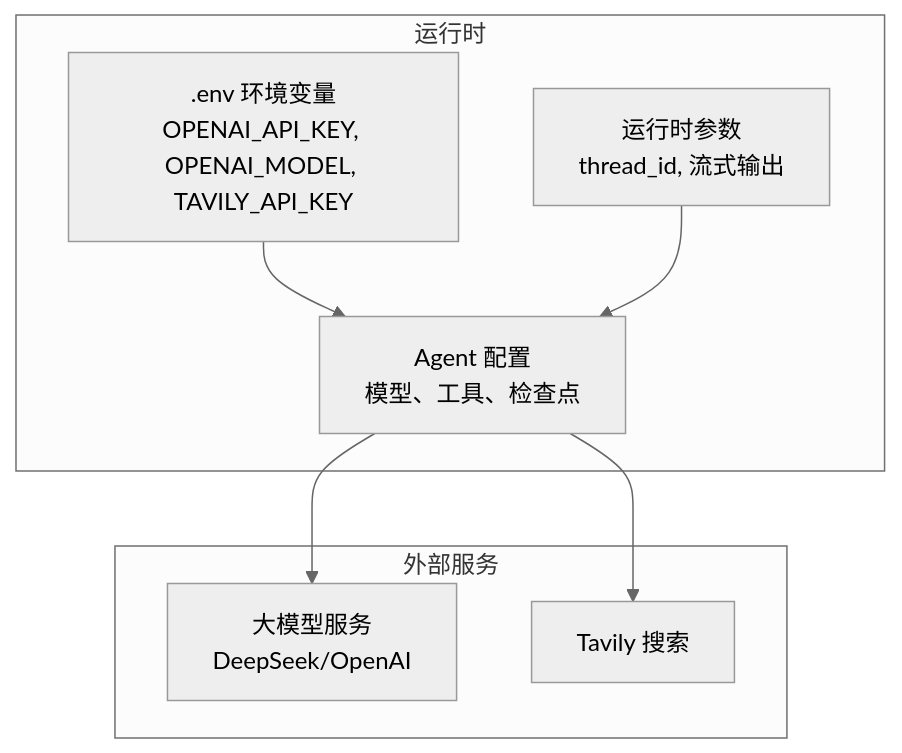
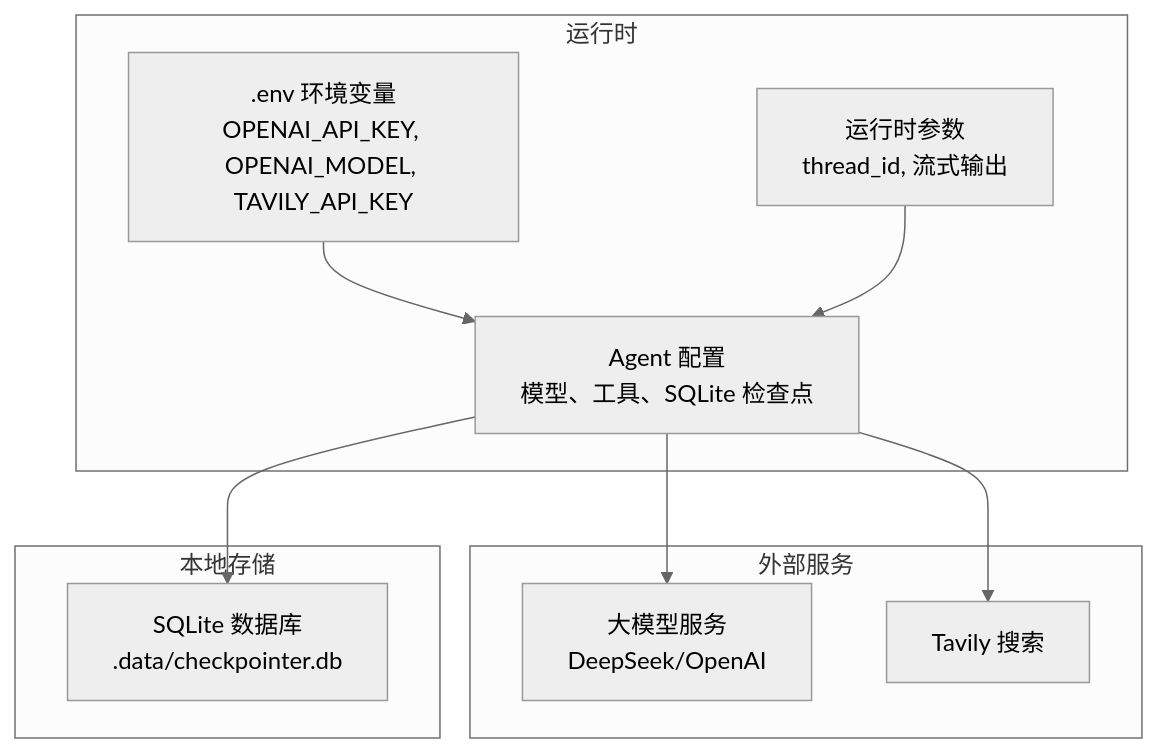
Before and after one commit to HAOFUYANG/onion-code: the second of 3 diagrams in .qoder/repowiki/zh/content/配置管理/配置管理.md, drawn with Mermaid (neutral theme). The commit also changed other lines of this file and 3 other files, not shown here.

````diff
--- a/.qoder/repowiki/zh/content/配置管理/配置管理.md
+++ b/.qoder/repowiki/zh/content/配置管理/配置管理.md
@@ -94,16 +96,20 @@
 ```mermaid
 graph TB
 subgraph "运行时"
 ENV[".env 环境变量<br/>OPENAI_API_KEY, OPENAI_MODEL, TAVILY_API_KEY"]
-CFG["Agent 配置<br/>模型、工具、检查点"]
+CFG["Agent 配置<br/>模型、工具、SQLite 检查点"]
 RUNTIME["运行时参数<br/>thread_id, 流式输出"]
 end
 subgraph "外部服务"
 LLM["大模型服务<br/>DeepSeek/OpenAI"]
 SEARCH["Tavily 搜索"]
 end
+subgraph "本地存储"
+SQLITE["SQLite 数据库<br/>.data/checkpointer.db"]
+end
 ENV --> CFG
 CFG --> LLM
 CFG --> SEARCH
+CFG --> SQLITE
 RUNTIME --> CFG
 ```
````
